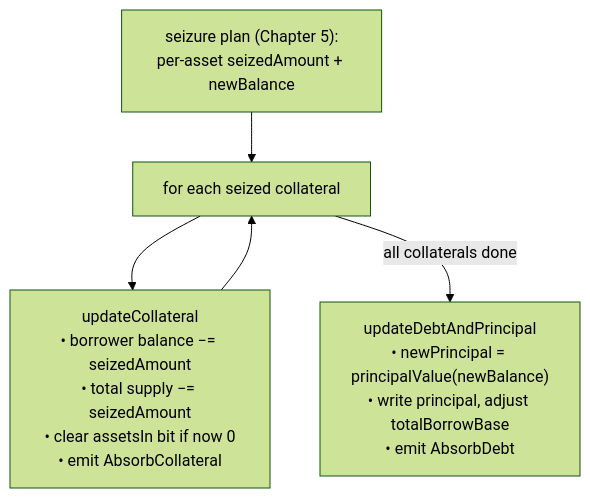
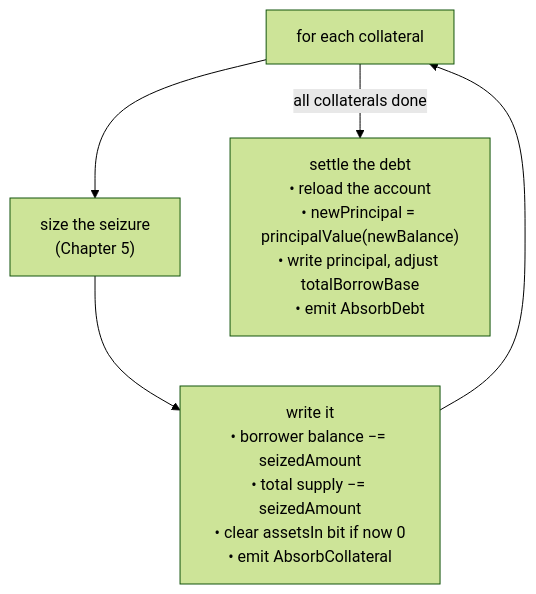
One commit to woof-software/comet changed the fifth of 6 diagrams in docs/liquidation.md. Above: the diagram before and after it, drawn with Mermaid (forest theme). The commit also changed other lines of this file and 1 other file, not shown here.

````diff
--- a/docs/liquidation.md
+++ b/docs/liquidation.md
@@ -743,7 +681,7 @@
 ```mermaid
 flowchart TD
-    Plan["seizure plan (Chapter 5):<br/>per-asset seizedAmount + newBalance"] --> Loop["for each seized collateral"]
-    Loop --> UC["updateCollateral<br/>• borrower balance −= seizedAmount<br/>• total supply −= seizedAmount<br/>• clear assetsIn bit if now 0<br/>• emit AbsorbCollateral"]
+    Loop["for each collateral"] --> Size["size the seizure<br/>(Chapter 5)"]
+    Size --> UC["write it<br/>• borrower balance −= seizedAmount<br/>• total supply −= seizedAmount<br/>• clear assetsIn bit if now 0<br/>• emit AbsorbCollateral"]
     UC --> Loop
-    Loop -->|"all collaterals done"| UD["updateDebtAndPrincipal<br/>• newPrincipal = principalValue(newBalance)<br/>• write principal, adjust totalBorrowBase<br/>• emit AbsorbDebt"]
+    Loop -->|"all collaterals done"| UD["settle the debt<br/>• reload the account<br/>• newPrincipal = principalValue(newBalance)<br/>• write principal, adjust totalBorrowBase<br/>• emit AbsorbDebt"]
 ```
````
